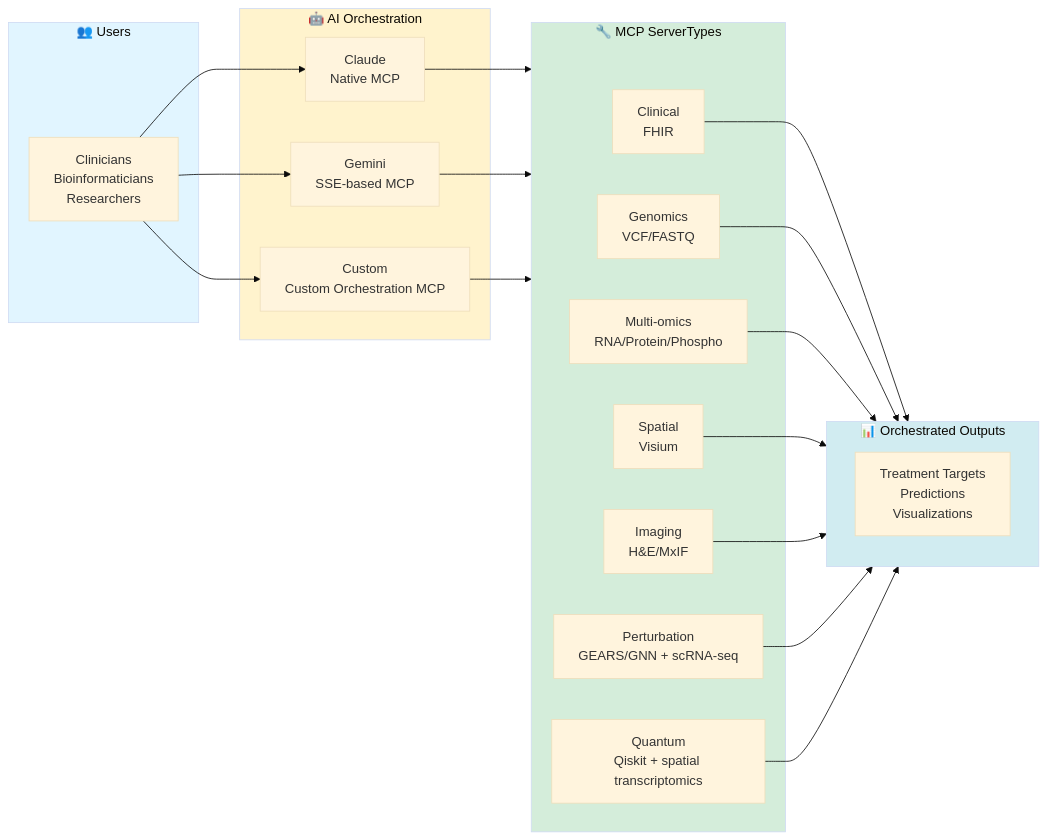
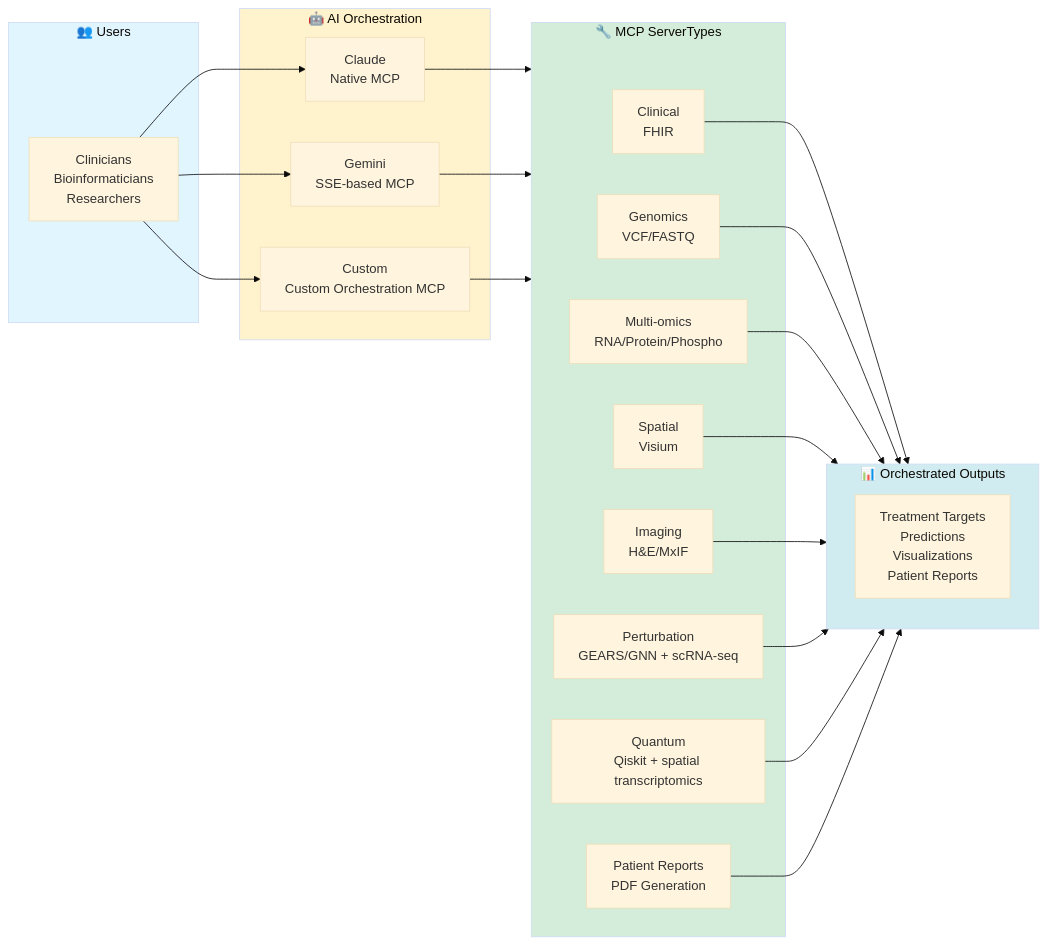
One commit to raymond301/precision-medicine-mcp changed the diagram in README.md. Above: the diagram before and after it, drawn with Mermaid (base theme). The commit also changed other lines of this file and 22 other files, not shown here.

````diff
--- a/README.md
+++ b/README.md
@@ -38,45 +38,47 @@
 ```mermaid
 graph LR
     subgraph Users["👥 Users"]
         U[Clinicians<br/>Bioinformaticians<br/>Researchers]
     end
 
     subgraph AI["🤖 AI Orchestration"]
         CLAUDE[Claude<br/>Native MCP]
         GEMINI[Gemini<br/>SSE-based MCP]
         CUSTOM[Custom<br/>Custom Orchestration MCP]
     end
 
     subgraph ServerTypes["🔧 MCP ServerTypes"]
         S1[Clinical<br/>FHIR]
         S2[Genomics<br/>VCF/FASTQ]
         S3[Multi-omics<br/>RNA/Protein/Phospho]
         S4[Spatial<br/>Visium]
         S5[Imaging<br/> H&E/MxIF]
         S6[Perturbation<br/>GEARS/GNN + scRNA-seq]
         S7[Quantum<br/>Qiskit + spatial transcriptomics]
+        S8[Patient Reports<br/>PDF Generation]
     end
 
     subgraph Output["📊 Orchestrated Outputs"]
-        O[Treatment Targets<br/>Predictions<br/>Visualizations]
+        O[Treatment Targets<br/>Predictions<br/>Visualizations<br/>Patient Reports]
     end
 
     U --> CLAUDE
     U --> GEMINI
     U --> CUSTOM
     CLAUDE --> ServerTypes
     GEMINI --> ServerTypes
     CUSTOM --> ServerTypes
     S1 --> Output
     S2 --> Output
     S3 --> Output
     S4 --> Output
     S5 --> Output
     S6 --> Output
     S7 --> Output
+    S8 --> Output
 
     style Users fill:#e1f5ff
     style AI fill:#fff3cd
     style ServerTypes fill:#d4edda
     style Output fill:#d1ecf1
 ```
````
